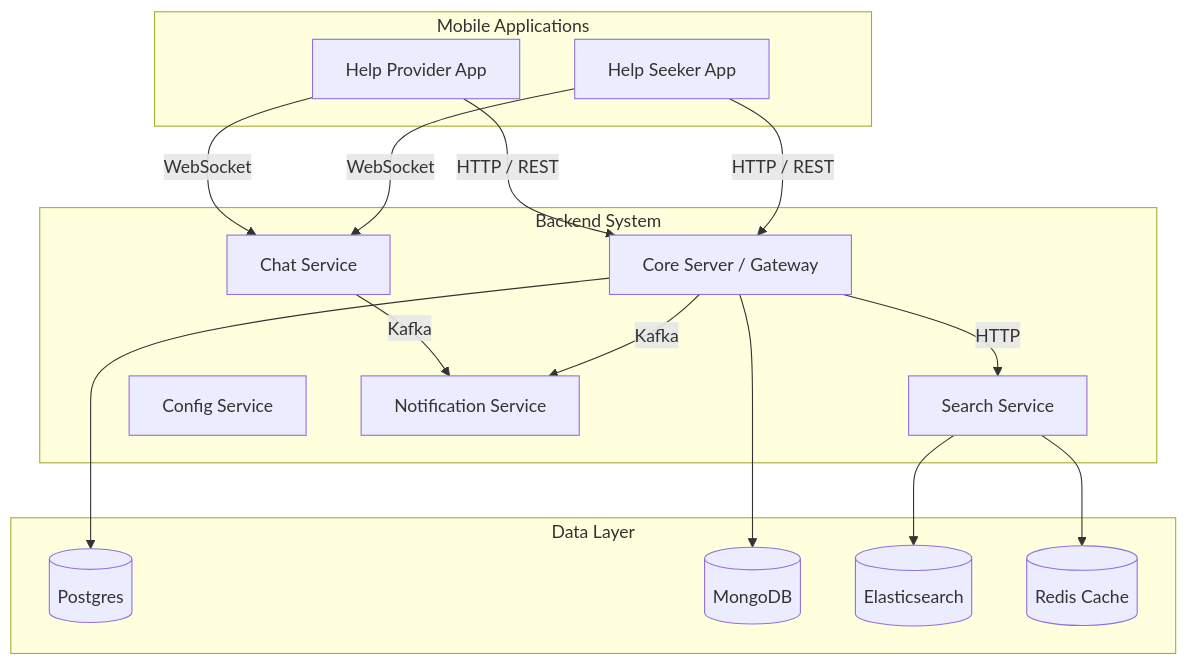
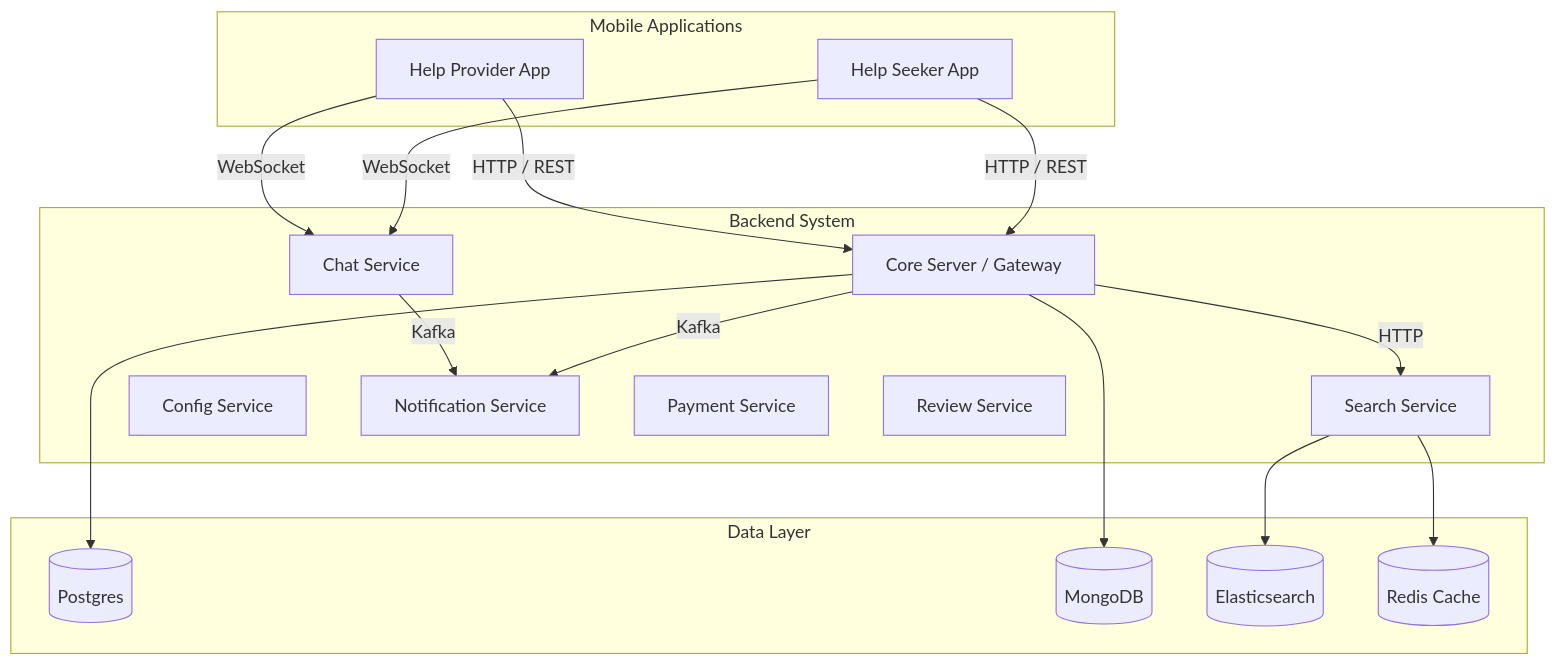
The first of 7 diagrams in ARCHITECTURE.md (varunjain1009/workly), drawn with Mermaid before and after one commit. The commit also changed other lines of this file and 90 other files, not shown here.

````diff
--- a/ARCHITECTURE.md
+++ b/ARCHITECTURE.md
@@ -7,32 +7,36 @@
 ```mermaid
 graph TD
     subgraph Clients [Mobile Applications]
         ClientS[Help Seeker App]
         ClientP[Help Provider App]
     end
 
     subgraph Backend [Backend System]
         API[Core Server / Gateway]
         Chat[Chat Service]
         Search[Search Service]
         Config[Config Service]
         Consumer[Notification Service]
+        
+        %% Upcoming
+        Payment[Payment Service]
+        Review[Review Service]
     end
 
     ClientS -->|HTTP / REST| API
     ClientP -->|HTTP / REST| API
     
     ClientS -->|WebSocket| Chat
     ClientP -->|WebSocket| Chat
     
     API -->|HTTP| Search
     API -->|Kafka| Consumer
     Chat -->|Kafka| Consumer
     
     subgraph Storage [Data Layer]
         API --> Postgres[(Postgres)]
         API --> Mongo[(MongoDB)]
         Search --> Elastic[(Elasticsearch)]
         Search --> Redis[(Redis Cache)]
     end
 ```
````
